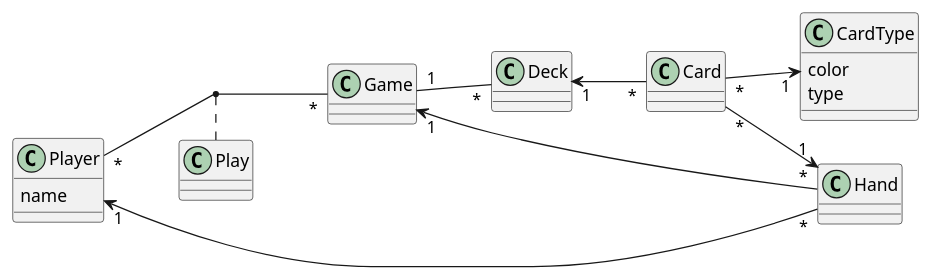
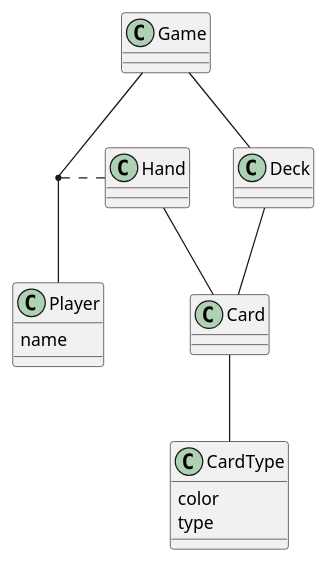
The diagram in asciidocs/plantuml/classDiagramm.puml (2122-3bhitm-itp/02-project-uno), drawn with PlantUML before and after one commit. The commit also changed 1 other file, not shown here.

Commit message:
Diagramms fixed

```diff
--- a/asciidocs/plantuml/classDiagramm.puml
+++ b/asciidocs/plantuml/classDiagramm.puml
@@ -1,35 +1,24 @@
 @startuml
 skinparam backgroundcolor transparent
 skinparam shadowing false
 
-left to right direction
-
+class Game {}
 class Player {
     name
 }
-
-class Hand
-
-class Game
-
-class Deck
-
-class Card
-
+class Hand {}
+class Card {}
+class Deck {}
 class CardType {
     color
     type
 }
 
-Player "1"<--"*" Hand
-Player "*"--"*" Game
-(Player, Game) .. Play
+Game -- Player
+(Player, Game) .. Hand
+Hand -- Card
+Card -- CardType
+Game -- Deck
+Deck -- Card
 
-
-Game "1"<--"*" Hand
-Game "1"--"*" Deck
-
-Deck "1"<--"*" Card
-Card "*"-->"1" CardType
-Card "*"-->"1" Hand
 @enduml
```
